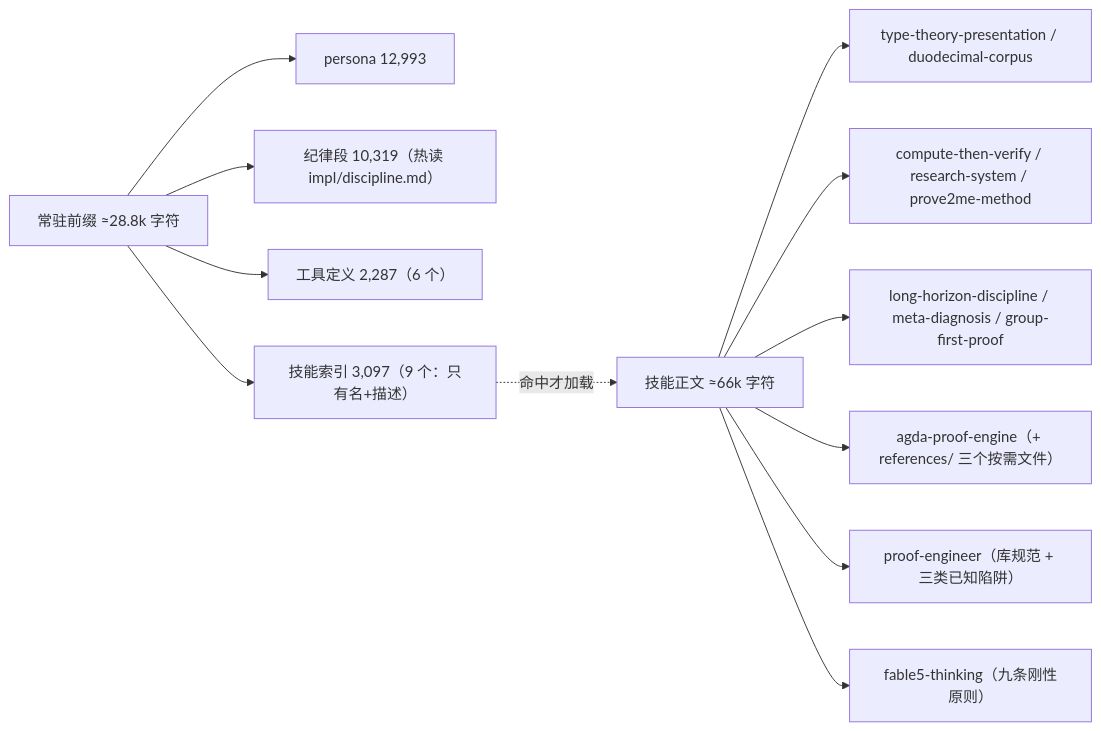
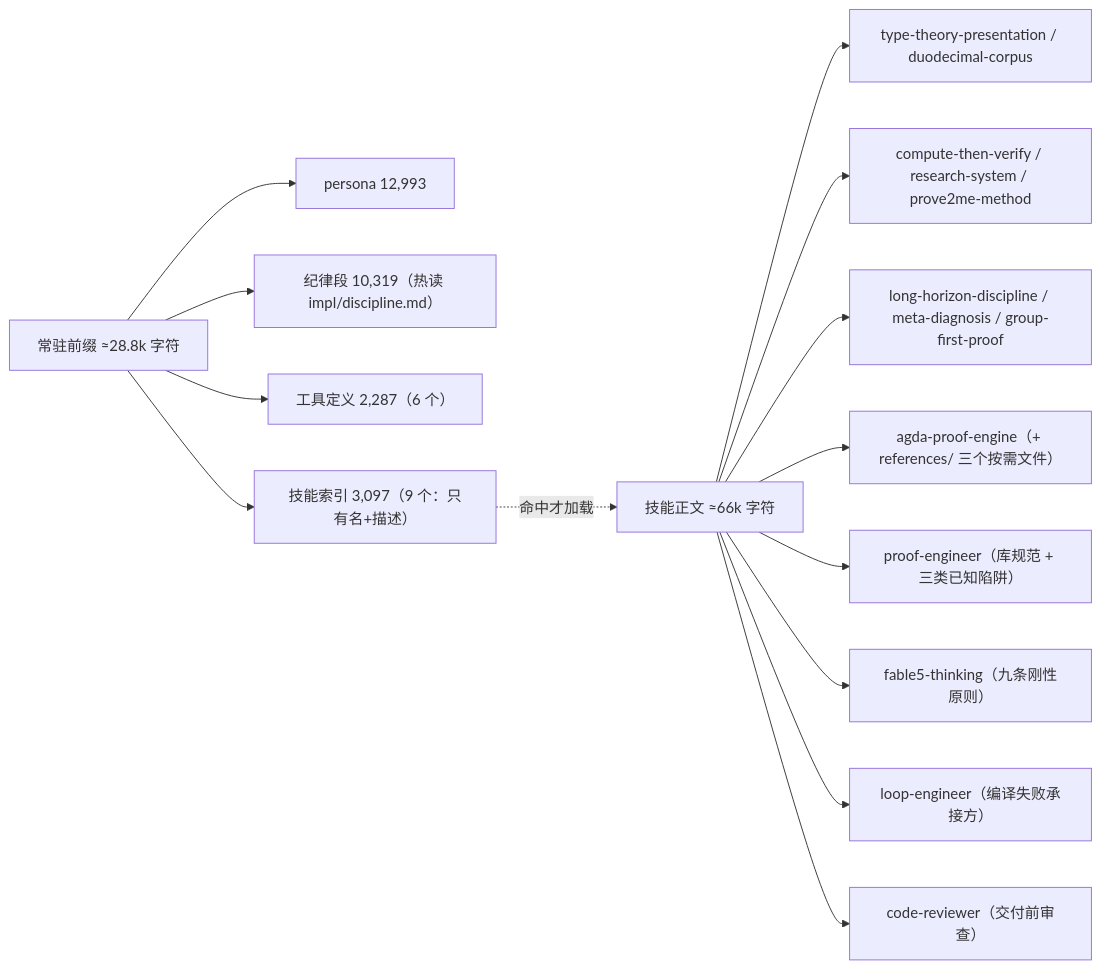
One commit to clearnature/dsh-math-proof changed the second of 2 diagrams in math-proof/docs/maps/M1-architecture.md. Above: the diagram before and after it, drawn with Mermaid. The commit also changed other lines of this file and 14 other files, not shown here.

First line of the commit message:
feat(skills): 补齐被引用的 loop-engineer / code-reviewer，并加技能引用完整性门禁

````diff
--- a/math-proof/docs/maps/M1-architecture.md
+++ b/math-proof/docs/maps/M1-architecture.md
@@ -75,14 +75,16 @@
 ```mermaid
 graph LR
   P["常驻前缀 ≈28.8k 字符"] --> P1["persona 12,993"]
   P --> P2["纪律段 10,319（热读 impl/discipline.md）"]
   P --> P3["工具定义 2,287（6 个）"]
   P --> P4["技能索引 3,097（9 个：只有名+描述）"]
   P4 -.->|命中才加载| K["技能正文 ≈66k 字符"]
   K --> K1["type-theory-presentation / duodecimal-corpus"]
   K --> K2["compute-then-verify / research-system / prove2me-method"]
   K --> K3["long-horizon-discipline / meta-diagnosis / group-first-proof"]
   K --> K4["agda-proof-engine（+ references/ 三个按需文件）"]
   K --> K5["proof-engineer（库规范 + 三类已知陷阱）"]
   K --> K6["fable5-thinking（九条刚性原则）"]
+  K --> K7["loop-engineer（编译失败承接方）"]
+  K --> K8["code-reviewer（交付前审查）"]
 ```
````
